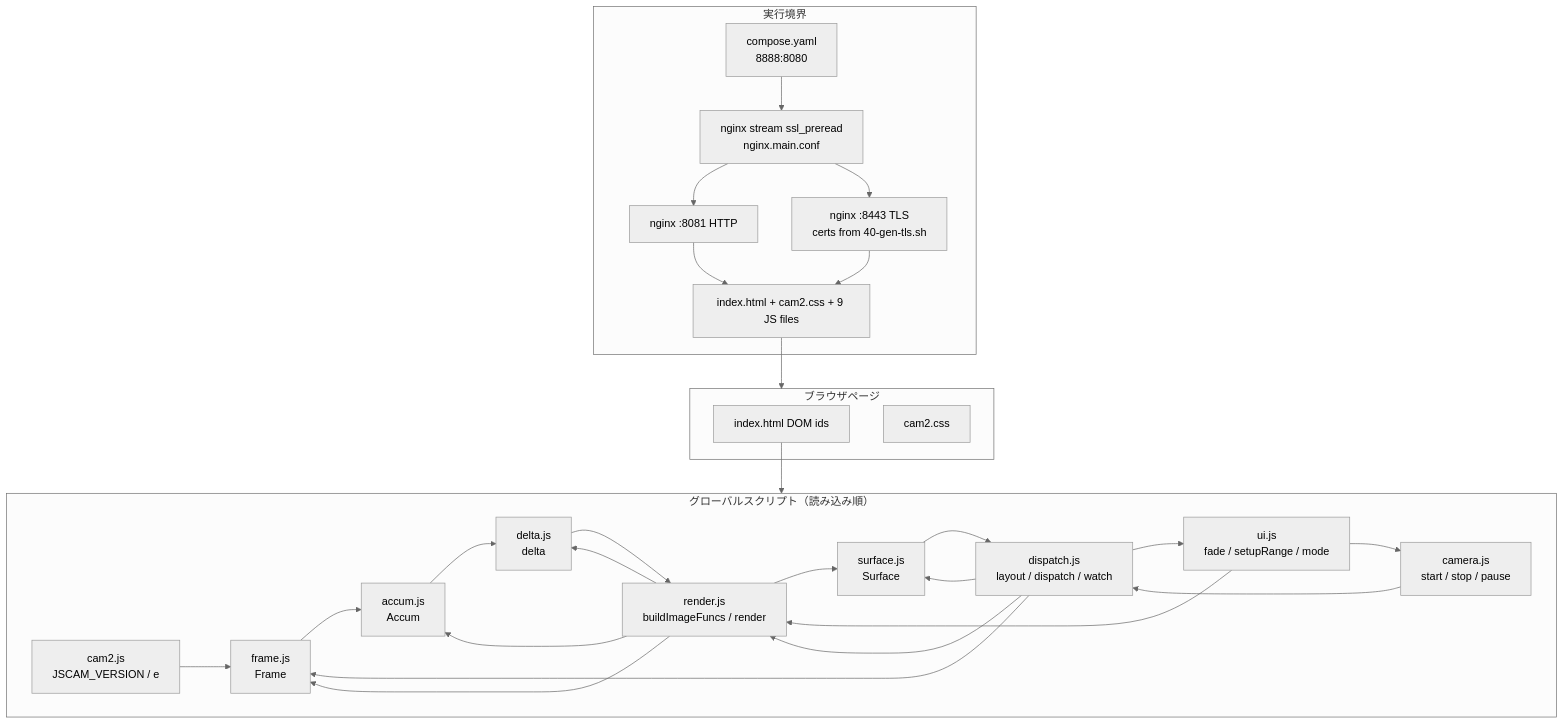
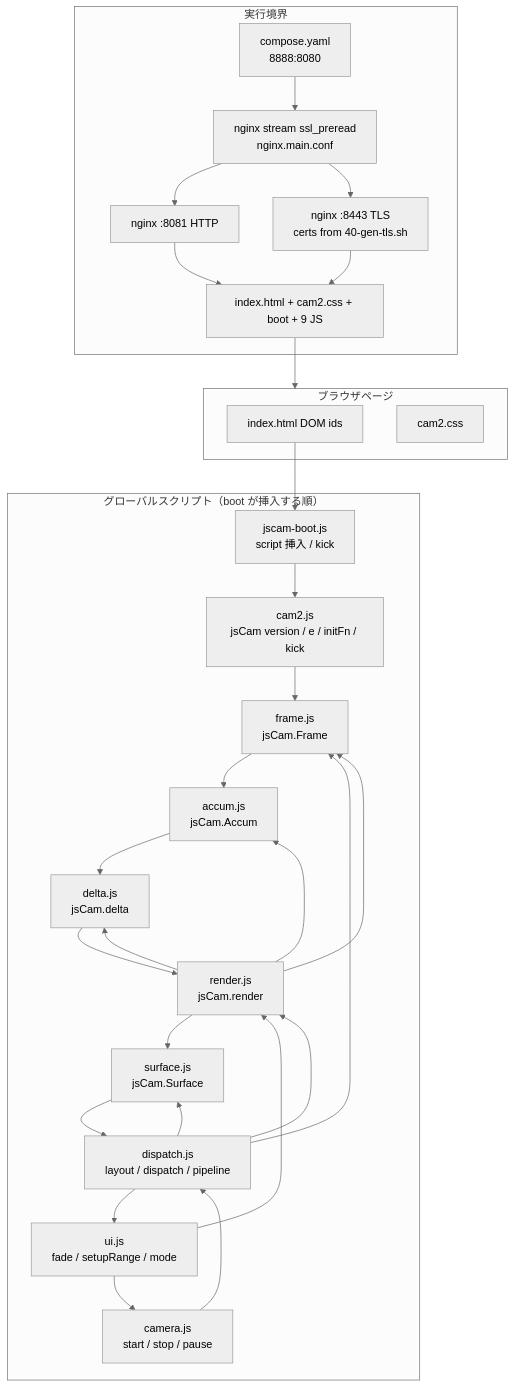
One commit to mfujimoto-code/JSCam changed the first of 4 diagrams in jscam/cam2-design.md. Above: the diagram before and after it, drawn with Mermaid (neutral theme). The commit also changed other lines of this file and 1 other file, not shown here.

Commit message:
docs: sync design to boot loader and vis pipeline

````diff
--- a/jscam/cam2-design.md
+++ b/jscam/cam2-design.md
@@ -164,46 +165,47 @@
 ```mermaid
 flowchart TB
   subgraph Runtime["実行境界"]
     Compose["compose.yaml<br/>8888:8080"]
     Stream["nginx stream ssl_preread<br/>nginx.main.conf"]
     HTTP["nginx :8081 HTTP"]
     TLS["nginx :8443 TLS<br/>certs from 40-gen-tls.sh"]
-    Static["index.html + cam2.css + 9 JS files"]
+    Static["index.html + cam2.css + boot + 9 JS"]
     Compose --> Stream
     Stream --> HTTP
     Stream --> TLS
     HTTP --> Static
     TLS --> Static
   end
 
   subgraph Page["ブラウザページ"]
     HTML["index.html DOM ids"]
     CSS["cam2.css"]
   end
 
   Static --> Page
 
-  subgraph Scripts["グローバルスクリプト（読み込み順）"]
-    Cam2["cam2.js<br/>JSCAM_VERSION / e"]
-    FrameF["frame.js<br/>Frame"]
-    AccumF["accum.js<br/>Accum"]
-    DeltaF["delta.js<br/>delta"]
-    RenderF["render.js<br/>buildImageFuncs / render"]
-    SurfF["surface.js<br/>Surface"]
-    DispF["dispatch.js<br/>layout / dispatch / watch"]
+  subgraph Scripts["グローバルスクリプト（boot が挿入する順）"]
+    Boot["jscam-boot.js<br/>script 挿入 / kick"]
+    Cam2["cam2.js<br/>jsCam version / e / initFn / kick"]
+    FrameF["frame.js<br/>jsCam.Frame"]
+    AccumF["accum.js<br/>jsCam.Accum"]
+    DeltaF["delta.js<br/>jsCam.delta"]
+    RenderF["render.js<br/>jsCam.render"]
+    SurfF["surface.js<br/>jsCam.Surface"]
+    DispF["dispatch.js<br/>layout / dispatch / pipeline"]
     UiF["ui.js<br/>fade / setupRange / mode"]
     CamF["camera.js<br/>start / stop / pause"]
-    Cam2 --> FrameF --> AccumF --> DeltaF --> RenderF --> SurfF --> DispF --> UiF --> CamF
+    Boot --> Cam2 --> FrameF --> AccumF --> DeltaF --> RenderF --> SurfF --> DispF --> UiF --> CamF
   end
 
-  HTML --> Scripts
+  HTML --> Boot
 
   DispF --> RenderF
   DispF --> SurfF
   RenderF --> FrameF
   RenderF --> AccumF
   RenderF --> DeltaF
   DispF --> FrameF
   CamF --> DispF
   UiF --> RenderF
 ```
````
